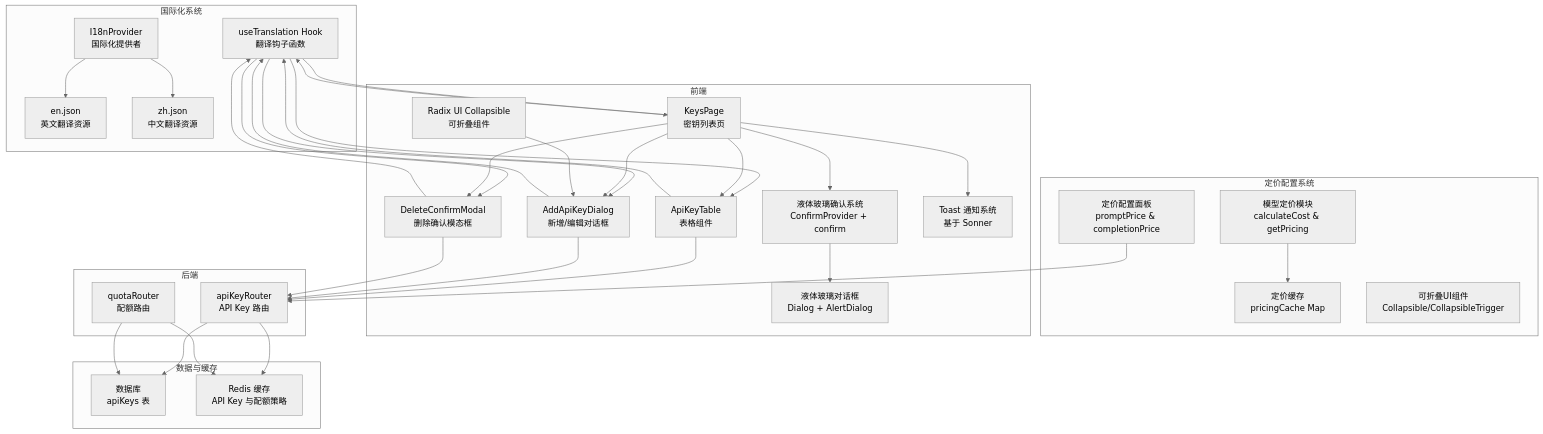
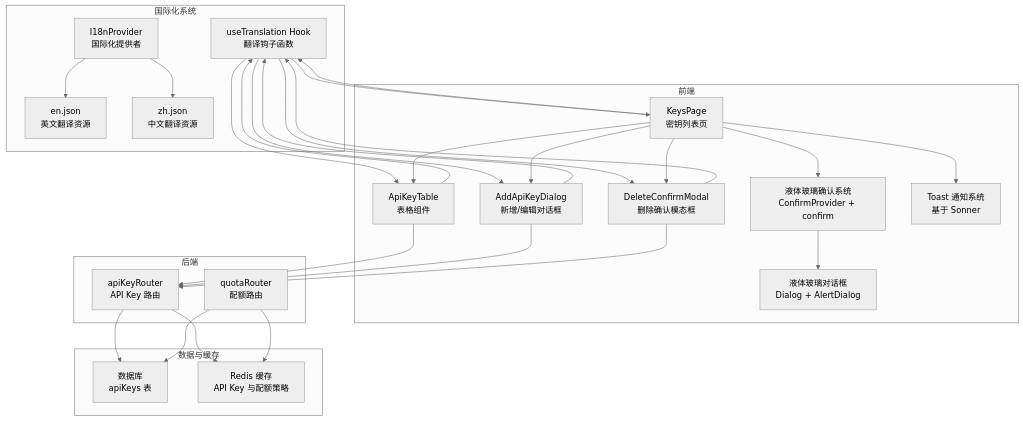
The first of 10 diagrams in .qoder/repowiki/zh/content/核心功能/API Key 管理.md (RadiumAg/AIGate), drawn with Mermaid (neutral theme) before and after one commit. The commit also changed other lines of this file and 15 other files, not shown here.

````diff
--- a/.qoder/repowiki/zh/content/核心功能/API Key 管理.md
+++ b/.qoder/repowiki/zh/content/核心功能/API Key 管理.md
@@ -64,59 +59,49 @@
 ```mermaid
 graph TB
-subgraph "定价配置系统"
-PricingConfig["定价配置面板<br/>promptPrice & completionPrice"]
-ModelPricing["模型定价模块<br/>calculateCost & getPricing"]
-PricingCache["定价缓存<br/>pricingCache Map"]
-CollapsibleUI["可折叠UI组件<br/>Collapsible/CollapsibleTrigger"]
-end
 subgraph "国际化系统"
 I18nProvider["I18nProvider<br/>国际化提供者"]
 MessagesEN["en.json<br/>英文翻译资源"]
 MessagesZH["zh.json<br/>中文翻译资源"]
 useTranslation["useTranslation Hook<br/>翻译钩子函数"]
 end
 subgraph "前端"
 KeysPage["KeysPage<br/>密钥列表页"]
 AddDialog["AddApiKeyDialog<br/>新增/编辑对话框"]
 ApiKeyTable["ApiKeyTable<br/>表格组件"]
 DeleteModal["DeleteConfirmModal<br/>删除确认模态框"]
 ConfirmSystem["液体玻璃确认系统<br/>ConfirmProvider + confirm"]
 ToastSystem["Toast 通知系统<br/>基于 Sonner"]
 LiquidGlassDialog["液体玻璃对话框<br/>Dialog + AlertDialog"]
-RadixCollapsible["Radix UI Collapsible<br/>可折叠组件"]
 end
 subgraph "后端"
 TPRouter["apiKeyRouter<br/>API Key 路由"]
 QuotaRouter["quotaRouter<br/>配额路由"]
 end
 subgraph "数据与缓存"
 DB["数据库<br/>apiKeys 表"]
 Redis["Redis 缓存<br/>API Key 与配额策略"]
 end
 I18nProvider --> MessagesEN
 I18nProvider --> MessagesZH
+KeysPage --> useTranslation
+AddDialog --> useTranslation
+ApiKeyTable --> useTranslation
+DeleteModal --> useTranslation
 useTranslation --> KeysPage
 useTranslation --> AddDialog
 useTranslation --> ApiKeyTable
 useTranslation --> DeleteModal
-KeysPage --> useTranslation
-AddDialog --> useTranslation
-ApiKeyTable --> useTranslation
-DeleteModal --> useTranslation
 KeysPage --> ApiKeyTable
 KeysPage --> AddDialog
 KeysPage --> DeleteModal
 KeysPage --> ConfirmSystem
 KeysPage --> ToastSystem
 ApiKeyTable --> TPRouter
 AddDialog --> TPRouter
 DeleteModal --> TPRouter
 ConfirmSystem --> LiquidGlassDialog
 TPRouter --> DB
 TPRouter --> Redis
 QuotaRouter --> Redis
 QuotaRouter --> DB
-PricingConfig --> TPRouter
-ModelPricing --> PricingCache
-RadixCollapsible --> AddDialog
 ```
````
